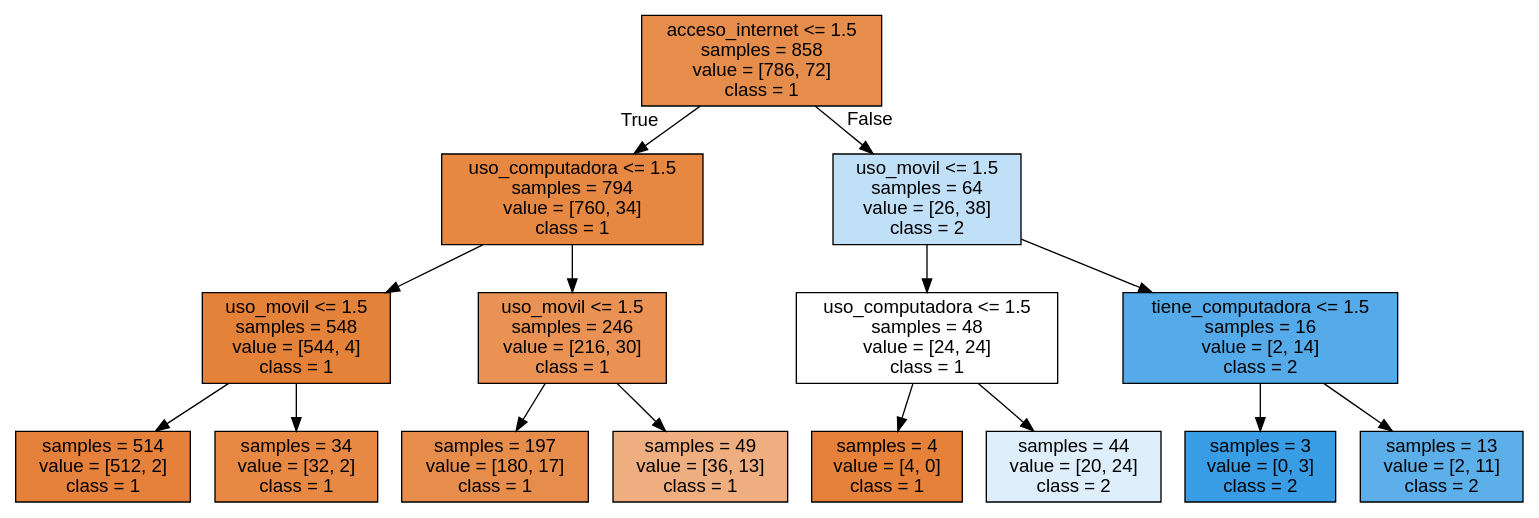
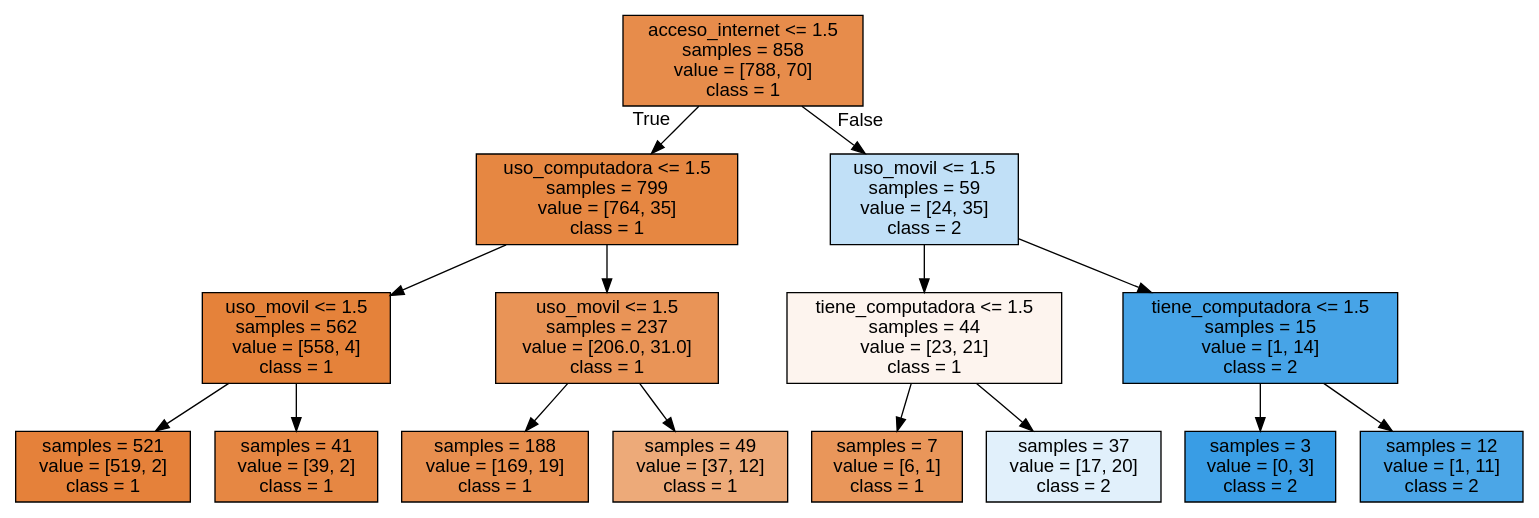
Before and after one commit to ziodoxe/acceso_a_internet: the diagram in notebooks/arbol1.dot, drawn with Graphviz. The commit also changed 1 other file, not shown here.

```diff
--- a/notebooks/arbol1.dot
+++ b/notebooks/arbol1.dot
@@ -1,33 +1,33 @@
 digraph Tree {
 node [shape=box, style="filled", color="black", fontname="helvetica"] ;
 edge [fontname="helvetica"] ;
-0 [label="acceso_internet <= 1.5\nsamples = 858\nvalue = [786, 72]\nclass = 1", fillcolor="#e78d4b"] ;
-1 [label="uso_computadora <= 1.5\nsamples = 794\nvalue = [760, 34]\nclass = 1", fillcolor="#e68742"] ;
+0 [label="acceso_internet <= 1.5\nsamples = 858\nvalue = [788, 70]\nclass = 1", fillcolor="#e78c4b"] ;
+1 [label="uso_computadora <= 1.5\nsamples = 799\nvalue = [764, 35]\nclass = 1", fillcolor="#e68742"] ;
 0 -> 1 [labeldistance=2.5, labelangle=45, headlabel="True"] ;
-2 [label="uso_movil <= 1.5\nsamples = 548\nvalue = [544, 4]\nclass = 1", fillcolor="#e5823a"] ;
+2 [label="uso_movil <= 1.5\nsamples = 562\nvalue = [558, 4]\nclass = 1", fillcolor="#e5823a"] ;
 1 -> 2 ;
-3 [label="samples = 514\nvalue = [512, 2]\nclass = 1", fillcolor="#e5813a"] ;
+3 [label="samples = 521\nvalue = [519, 2]\nclass = 1", fillcolor="#e5813a"] ;
 2 -> 3 ;
-4 [label="samples = 34\nvalue = [32, 2]\nclass = 1", fillcolor="#e78945"] ;
+4 [label="samples = 41\nvalue = [39, 2]\nclass = 1", fillcolor="#e68743"] ;
 2 -> 4 ;
-5 [label="uso_movil <= 1.5\nsamples = 246\nvalue = [216, 30]\nclass = 1", fillcolor="#e99254"] ;
+5 [label="uso_movil <= 1.5\nsamples = 237\nvalue = [206.0, 31.0]\nclass = 1", fillcolor="#e99457"] ;
 1 -> 5 ;
-6 [label="samples = 197\nvalue = [180, 17]\nclass = 1", fillcolor="#e78d4c"] ;
+6 [label="samples = 188\nvalue = [169, 19]\nclass = 1", fillcolor="#e88f4f"] ;
 5 -> 6 ;
-7 [label="samples = 49\nvalue = [36, 13]\nclass = 1", fillcolor="#eeae80"] ;
+7 [label="samples = 49\nvalue = [37, 12]\nclass = 1", fillcolor="#edaa79"] ;
 5 -> 7 ;
-8 [label="uso_movil <= 1.5\nsamples = 64\nvalue = [26, 38]\nclass = 2", fillcolor="#c0e0f7"] ;
+8 [label="uso_movil <= 1.5\nsamples = 59\nvalue = [24, 35]\nclass = 2", fillcolor="#c1e0f7"] ;
 0 -> 8 [labeldistance=2.5, labelangle=-45, headlabel="False"] ;
-9 [label="uso_computadora <= 1.5\nsamples = 48\nvalue = [24, 24]\nclass = 1", fillcolor="#ffffff"] ;
+9 [label="tiene_computadora <= 1.5\nsamples = 44\nvalue = [23, 21]\nclass = 1", fillcolor="#fdf4ee"] ;
 8 -> 9 ;
-10 [label="samples = 4\nvalue = [4, 0]\nclass = 1", fillcolor="#e58139"] ;
+10 [label="samples = 7\nvalue = [6, 1]\nclass = 1", fillcolor="#e9965a"] ;
 9 -> 10 ;
-11 [label="samples = 44\nvalue = [20, 24]\nclass = 2", fillcolor="#deeffb"] ;
+11 [label="samples = 37\nvalue = [17, 20]\nclass = 2", fillcolor="#e1f0fb"] ;
 9 -> 11 ;
-12 [label="tiene_computadora <= 1.5\nsamples = 16\nvalue = [2, 14]\nclass = 2", fillcolor="#55abe9"] ;
+12 [label="tiene_computadora <= 1.5\nsamples = 15\nvalue = [1, 14]\nclass = 2", fillcolor="#47a4e7"] ;
 8 -> 12 ;
 13 [label="samples = 3\nvalue = [0, 3]\nclass = 2", fillcolor="#399de5"] ;
 12 -> 13 ;
-14 [label="samples = 13\nvalue = [2, 11]\nclass = 2", fillcolor="#5dafea"] ;
+14 [label="samples = 12\nvalue = [1, 11]\nclass = 2", fillcolor="#4ba6e7"] ;
 12 -> 14 ;
 }
```
